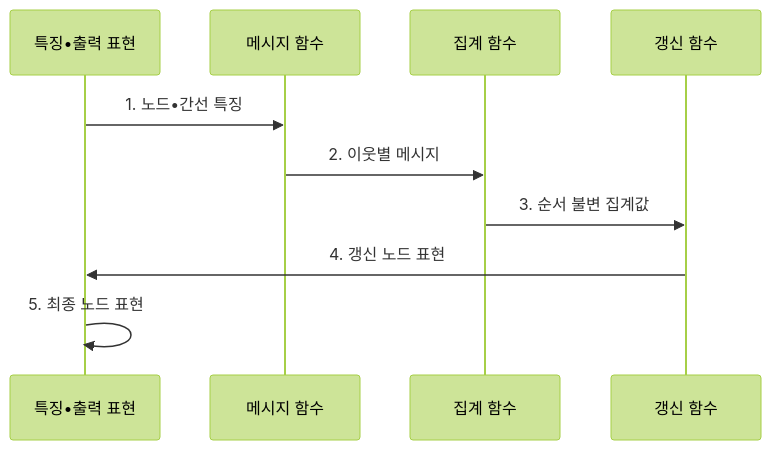
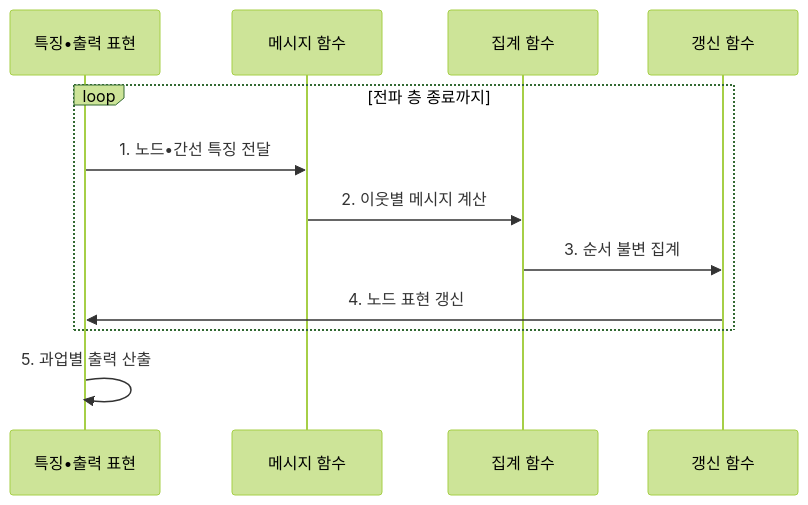
One commit to agnusdei1207/knowledge-base changed the second of 2 diagrams in src/content/docs/notes/08-latest-tech/094_graph_neural_network.md. Above: the diagram before and after it, drawn with Mermaid (forest theme). The commit also changed other lines of this file and 13 other files, not shown here.

````diff
--- a/src/content/docs/notes/08-latest-tech/094_graph_neural_network.md
+++ b/src/content/docs/notes/08-latest-tech/094_graph_neural_network.md
@@ -105,12 +105,14 @@
 ```mermaid
 sequenceDiagram
   participant F as 특징•출력 표현
   participant M as 메시지 함수
   participant A as 집계 함수
   participant U as 갱신 함수
-  F->>M: 1. 노드•간선 특징
-  M->>A: 2. 이웃별 메시지
-  A->>U: 3. 순서 불변 집계값
-  U->>F: 4. 갱신 노드 표현
-  F->>F: 5. 최종 노드 표현
+  loop 전파 층 종료까지
+    F->>M: 1. 노드•간선 특징 전달
+    M->>A: 2. 이웃별 메시지 계산
+    A->>U: 3. 순서 불변 집계
+    U->>F: 4. 노드 표현 갱신
+  end
+  F->>F: 5. 과업별 출력 산출
 ```
````
